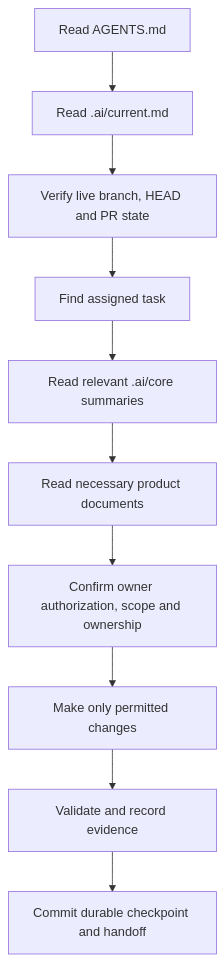
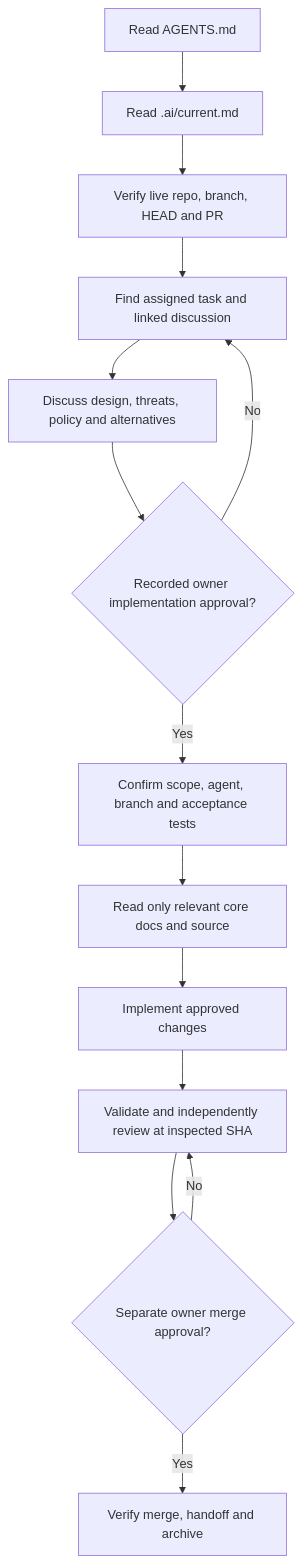
The diagram in AGENTS.md (im-tnyx/Tio-Money), drawn with Mermaid before and after one commit. The commit also changed other lines of this file and 5 other files, not shown here.

````diff
--- a/AGENTS.md
+++ b/AGENTS.md
@@ -17,12 +17,16 @@
 ```mermaid
 flowchart TD
     A["Read AGENTS.md"] --> B["Read .ai/current.md"]
-    B --> C["Verify live branch, HEAD and PR state"]
-    C --> D["Find assigned task"]
-    D --> E["Read relevant .ai/core summaries"]
-    E --> F["Read necessary product documents"]
-    F --> G["Confirm owner authorization, scope and ownership"]
-    G --> H["Make only permitted changes"]
-    H --> I["Validate and record evidence"]
-    I --> J["Commit durable checkpoint and handoff"]
+    B --> C["Verify live repo, branch, HEAD and PR"]
+    C --> D["Find assigned task and linked discussion"]
+    D --> E["Discuss design, threats, policy and alternatives"]
+    E --> F{"Recorded owner implementation approval?"}
+    F -->|No| D
+    F -->|Yes| G["Confirm scope, agent, branch and acceptance tests"]
+    G --> H["Read only relevant core docs and source"]
+    H --> I["Implement approved changes"]
+    I --> J["Validate and independently review at inspected SHA"]
+    J --> K{"Separate owner merge approval?"}
+    K -->|No| J
+    K -->|Yes| L["Verify merge, handoff and archive"]
 ```
````
